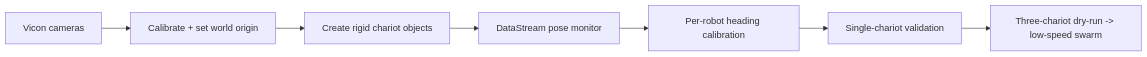
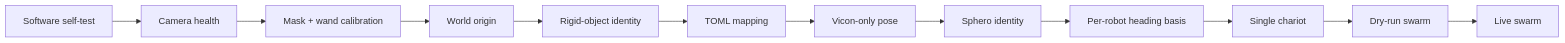
Before and after one commit to RV-crtl/sphero-vicon-swarm: the first of 2 diagrams in README.md, drawn with Mermaid. The commit also changed other lines of this file, not shown here.

Commit message:
docs: rebuild README around authoritative first-run workflow

````diff
--- a/README.md
+++ b/README.md
@@ -32,9 +30,14 @@
-```mermaid
+~~~mermaid
 flowchart LR
-    CAM["Vicon cameras"] --> CAL["Calibrate + set world origin"]
-    CAL --> OBJ["Create rigid chariot objects"]
-    OBJ --> POSE["DataStream pose monitor"]
-    POSE --> HEAD["Per-robot heading calibration"]
-    HEAD --> ONE["Single-chariot validation"]
-    ONE --> SWARM["Three-chariot dry-run -> low-speed swarm"]
-```
+    A["Software self-test"] --> B["Camera health"]
+    B --> C["Mask + wand calibration"]
+    C --> D["World origin"]
+    D --> E["Rigid-object identity"]
+    E --> F["TOML mapping"]
+    F --> G["Vicon-only pose"]
+    G --> H["Sphero identity"]
+    H --> I["Per-robot heading basis"]
+    I --> J["Single chariot"]
+    J --> K["Dry-run swarm"]
+    K --> L["Live swarm"]
+~~~
````
